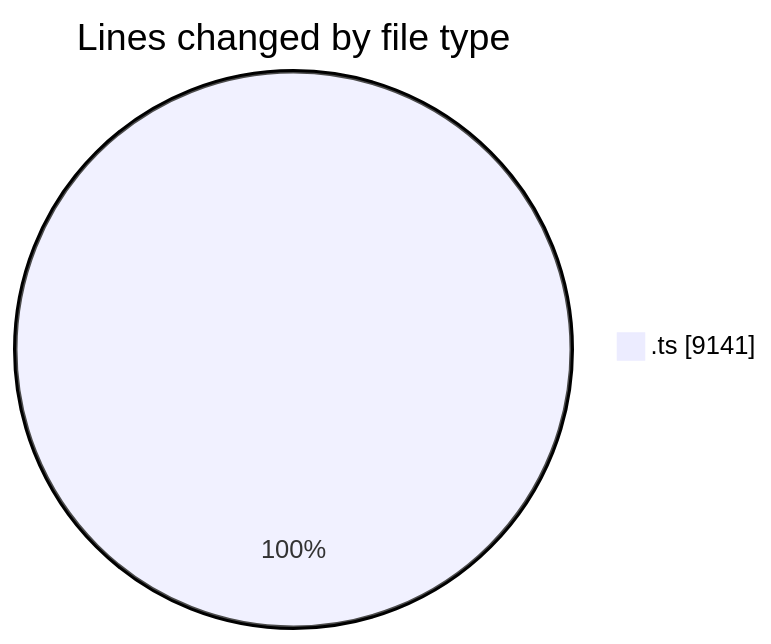
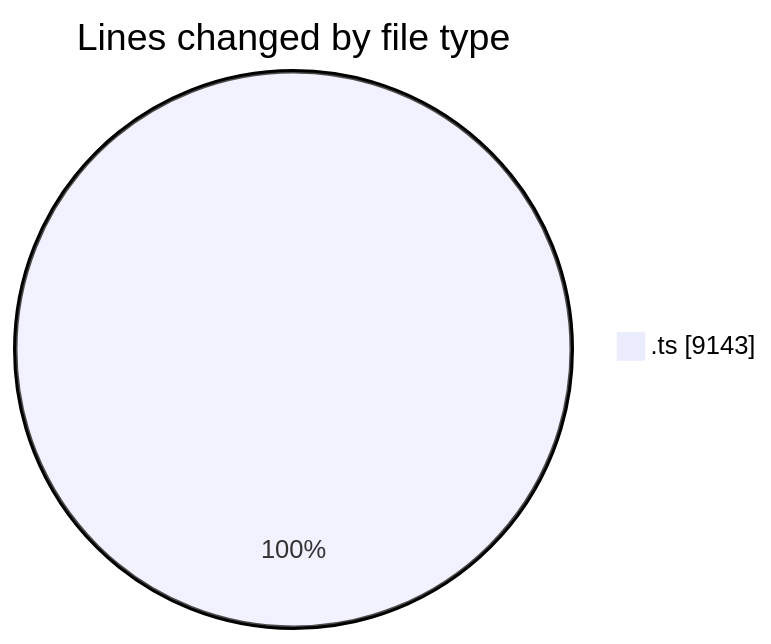
The first of 2 diagrams in 2025-10-23/cda/README.md (momahboobian/code-tracking), drawn with Mermaid before and after one commit. The commit also changed other lines of this file and 1 other file, not shown here.

````diff
--- a/2025-10-23/cda/README.md
+++ b/2025-10-23/cda/README.md
@@ -26,5 +26,5 @@
 ```mermaid
 pie showData
 title Lines changed by file type
-".ts" : 9141
+".ts" : 9143
 ```
````
